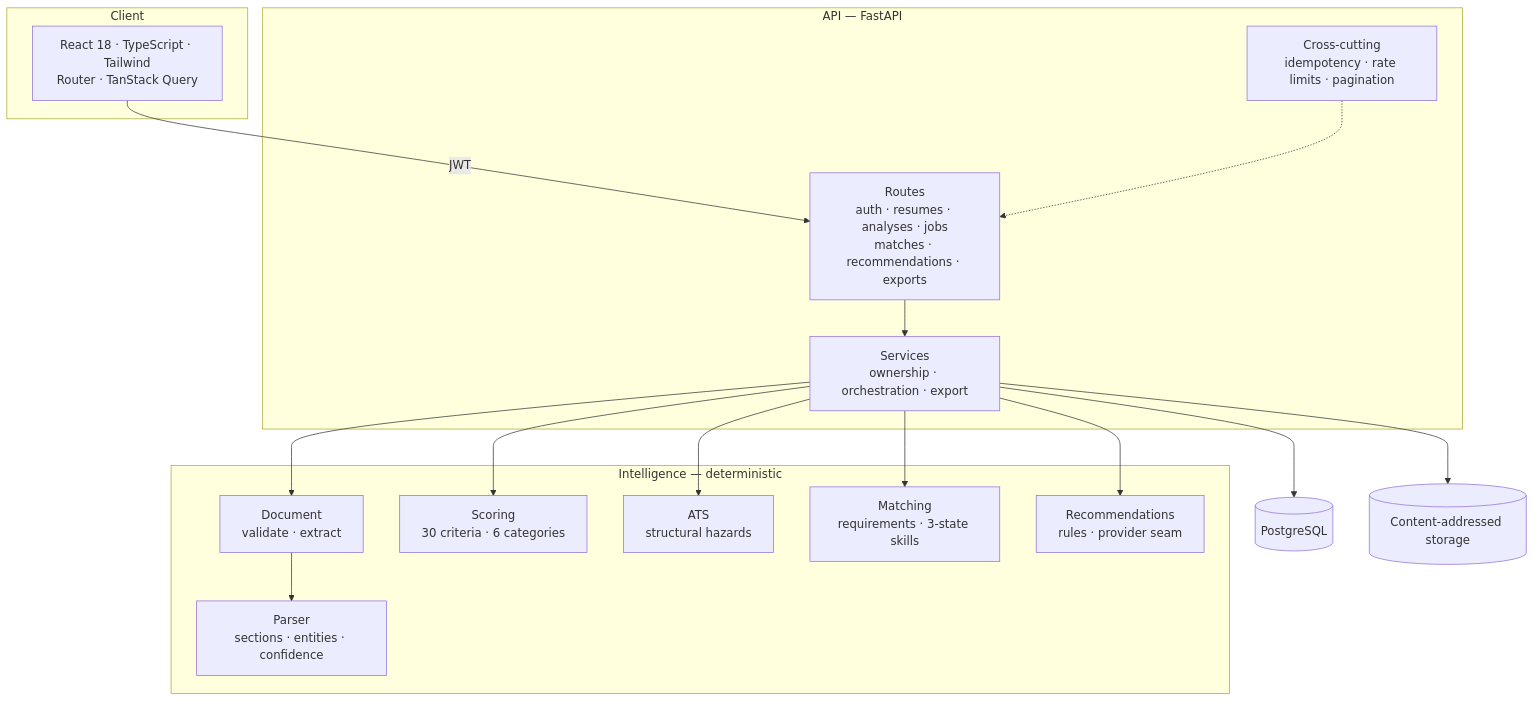
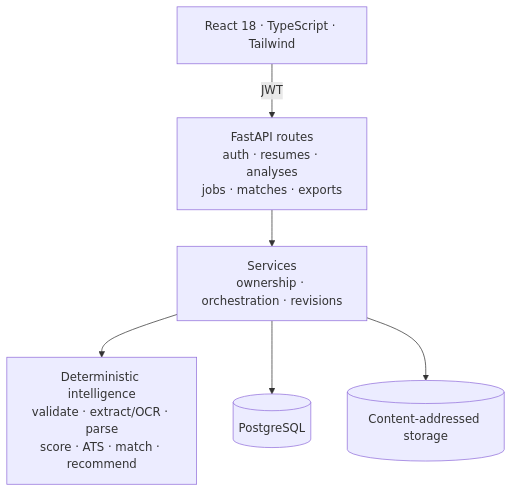
One commit to tdzoro/Potencia changed the third of 3 diagrams in README.md. Above: the diagram before and after it, drawn with Mermaid. The commit also changed other lines of this file and 11 other files, not shown here.

First line of the commit message:
Make score evidence exact and document the model with real measurements

````diff
--- a/README.md
+++ b/README.md
@@ -428,31 +323,8 @@
 ```mermaid
 flowchart TB
-    subgraph Client
-        UI[React 18 · TypeScript · Tailwind<br/>Router · TanStack Query]
-    end
-    subgraph API["API — FastAPI"]
-        R[Routes<br/>auth · resumes · analyses · jobs<br/>matches · recommendations · exports]
-        S[Services<br/>ownership · orchestration · export]
-        X[Cross-cutting<br/>idempotency · rate limits · pagination]
-    end
-    subgraph Intelligence["Intelligence — deterministic"]
-        D[Document<br/>validate · extract]
-        P[Parser<br/>sections · entities · confidence]
-        SC[Scoring<br/>30 criteria · 6 categories]
-        AT[ATS<br/>structural hazards]
-        M[Matching<br/>requirements · 3-state skills]
-        RC[Recommendations<br/>rules · provider seam]
-    end
-    DB[(PostgreSQL)]
-    FS[(Content-addressed storage)]
-
-    UI -->|JWT| R --> S
-    S --> D --> P
-    S --> SC
-    S --> AT
-    S --> M
-    S --> RC
-    S --> DB
-    S --> FS
-    X -.-> R
+    UI[React 18 · TypeScript · Tailwind] -->|JWT| R[FastAPI routes<br/>auth · resumes · analyses<br/>jobs · matches · exports]
+    R --> S[Services<br/>ownership · orchestration · revisions]
+    S --> I[Deterministic intelligence<br/>validate · extract/OCR · parse<br/>score · ATS · match · recommend]
+    S --> DB[(PostgreSQL)]
+    S --> FS[(Content-addressed storage)]
 ```
````
